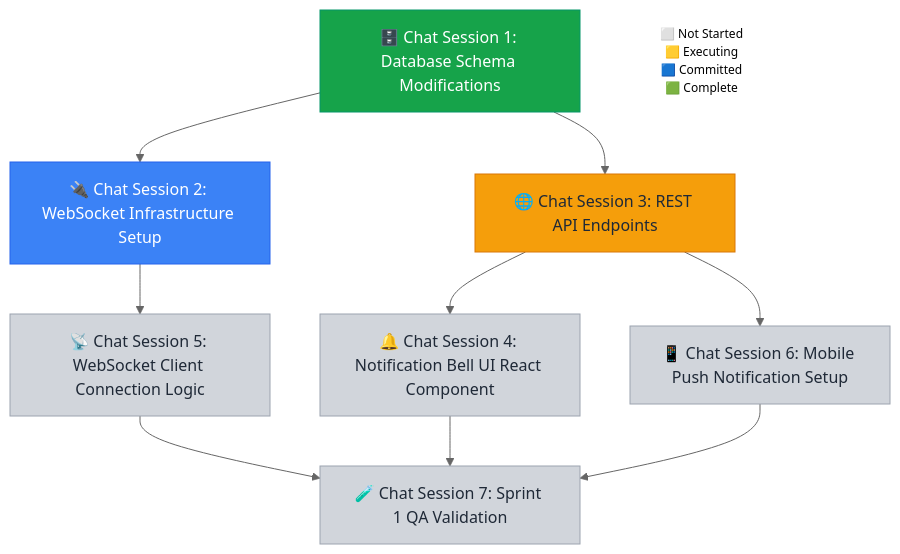
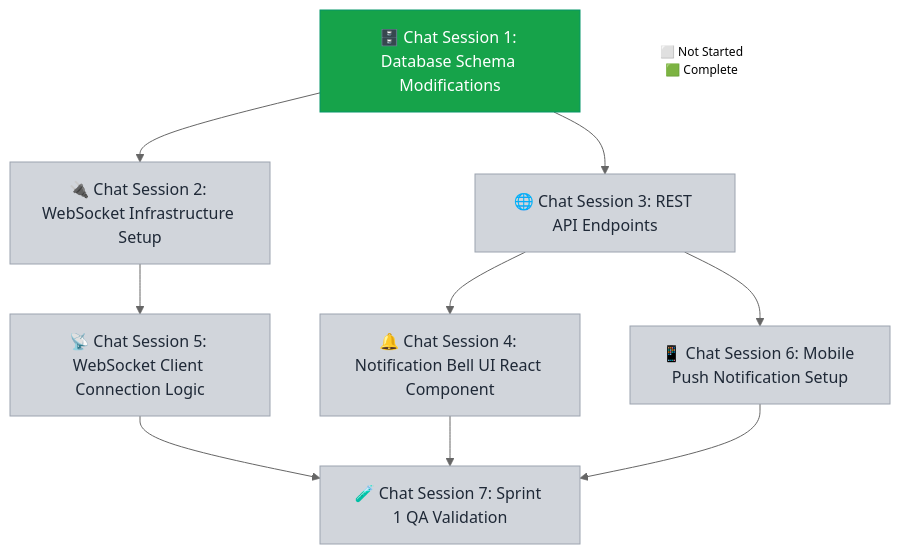
The diagram in .agents/sample-docs/sprint-001/playbook.md (dsj1984/agent-protocols), drawn with Mermaid (neutral theme) before and after one commit. The commit also changed other lines of this file and 15 other files, not shown here.

````diff
--- a/.agents/sample-docs/sprint-001/playbook.md
+++ b/.agents/sample-docs/sprint-001/playbook.md
@@ -12,38 +12,36 @@
 ```mermaid
 graph TD
     %% Node Definitions %%
     C1["🗄️ Chat Session 1: Database Schema Modifications"]
     class C1 complete
     C2["🔌 Chat Session 2: WebSocket Infrastructure Setup"]
-    class C2 committed
+    class C2 not_started
     C3["🌐 Chat Session 3: REST API Endpoints"]
-    class C3 executing
+    class C3 not_started
     C4["🔔 Chat Session 4: Notification Bell UI React Component"]
     class C4 not_started
     C5["📡 Chat Session 5: WebSocket Client Connection Logic"]
     class C5 not_started
     C6["📱 Chat Session 6: Mobile Push Notification Setup"]
     class C6 not_started
     C7["🧪 Chat Session 7: Sprint 1 QA Validation"]
     class C7 not_started
 
     %% Relationships %%
     C1 --> C2
     C1 --> C3
     C3 --> C4
     C2 --> C5
     C3 --> C6
     C4 --> C7
     C5 --> C7
     C6 --> C7
 
    %% Legend %%
-    Legend["⬜ Not Started  <br />🟨 Executing  <br />🟦 Committed  <br />🟩 Complete"]:::LegendNode
+    Legend["⬜ Not Started  <br />🟩 Complete"]:::LegendNode
 
     %% Style Definitions %%
     classDef not_started fill:#d1d5db,stroke:#9ca3af,color:#1f2937
-    classDef executing fill:#f59e0b,stroke:#d97706,color:#1f2937
-    classDef committed fill:#3b82f6,stroke:#2563eb,color:#ffffff
     classDef complete fill:#16a34a,stroke:#059669,color:#ffffff
     classDef LegendNode fill:transparent,stroke:transparent,font-size:12px
 ```
````
